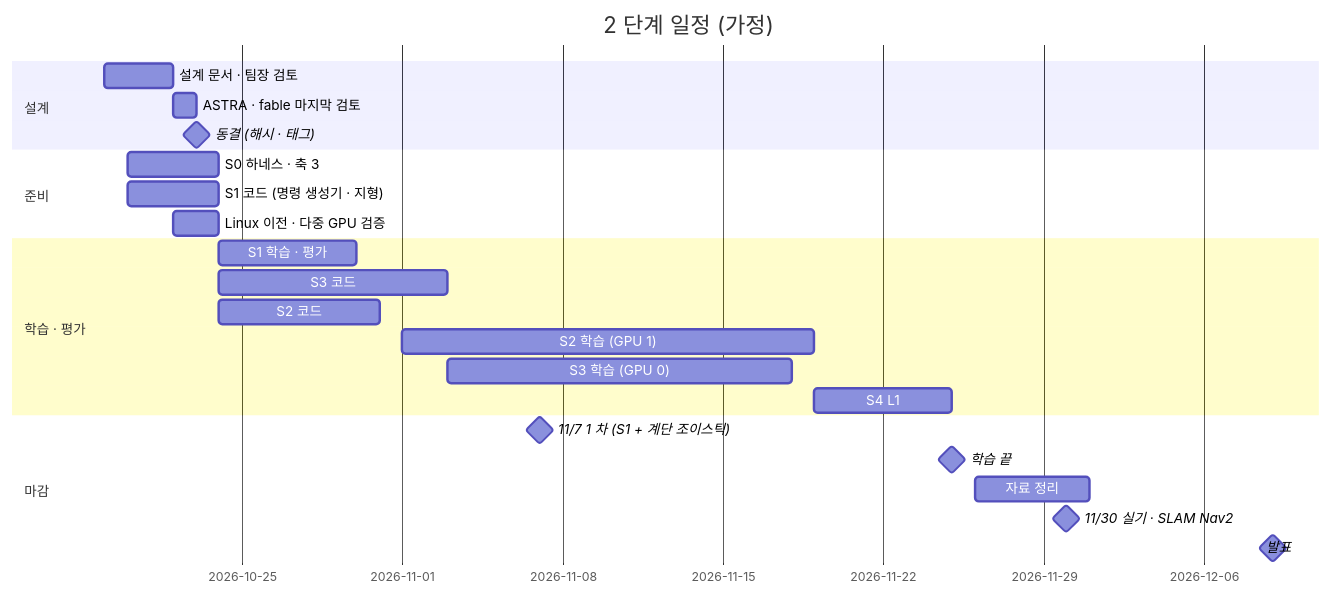
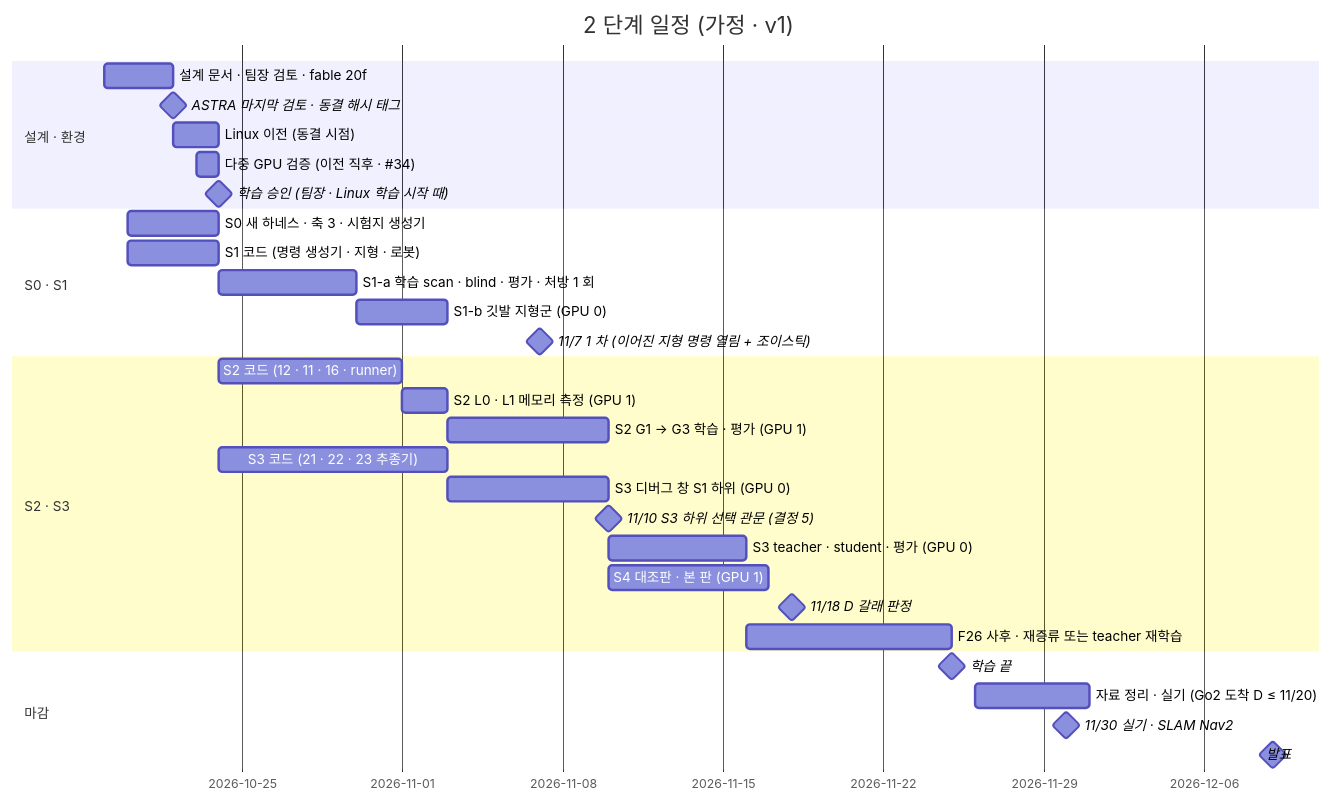
The diagram in inbox/jay/20261019-design/70-RESOURCES-SCHEDULE.md (foothold-project/foothold-lab), drawn with Mermaid before and after one commit. The commit also changed other lines of this file and 25 other files, not shown here.

````diff
--- a/inbox/jay/20261019-design/70-RESOURCES-SCHEDULE.md
+++ b/inbox/jay/20261019-design/70-RESOURCES-SCHEDULE.md
@@ -11,26 +15,33 @@
 ```mermaid
 gantt
   dateFormat  YYYY-MM-DD
-  title 2 단계 일정 (가정)
-  section 설계
-  설계 문서 · 팀장 검토        :d1, 2026-10-19, 3d
-  ASTRA · fable 마지막 검토    :d2, after d1, 1d
-  동결 (해시 · 태그)           :milestone, after d2, 0d
-  section 준비
-  S0 하네스 · 축 3             :p0, 2026-10-20, 4d
-  S1 코드 (명령 생성기 · 지형)  :p1, 2026-10-20, 4d
-  Linux 이전 · 다중 GPU 검증    :p2, 2026-10-22, 2d
-  section 학습 · 평가
-  S1 학습 · 평가               :t1, 2026-10-24, 6d
-  S3 코드                      :p3, 2026-10-24, 10d
-  S2 코드                      :p4, 2026-10-24, 7d
-  S2 학습 (GPU 1)              :t2, 2026-11-01, 18d
-  S3 학습 (GPU 0)              :t3, 2026-11-03, 15d
-  S4 L1                        :t4, 2026-11-19, 6d
+  title 2 단계 일정 (가정 · v1)
+  section 설계 · 환경
+  설계 문서 · 팀장 검토 · fable 20f      :d1, 2026-10-19, 3d
+  ASTRA 마지막 검토 · 동결 해시 태그      :milestone, 2026-10-22, 0d
+  Linux 이전 (동결 시점)                  :p2, 2026-10-22, 2d
+  다중 GPU 검증 (이전 직후 · #34)         :p3, 2026-10-23, 1d
+  학습 승인 (팀장 · Linux 학습 시작 때)   :milestone, 2026-10-24, 0d
+  section S0 · S1
+  S0 새 하네스 · 축 3 · 시험지 생성기    :s0, 2026-10-20, 4d
+  S1 코드 (명령 생성기 · 지형 · 로봇)     :p1, 2026-10-20, 4d
+  S1-a 학습 scan · blind · 평가 · 처방 1 회 :t1, 2026-10-24, 6d
+  S1-b 깃발 지형군 (GPU 0)               :t1b, 2026-10-30, 4d
+  11/7 1 차 (이어진 지형 명령 열림 + 조이스틱) :milestone, 2026-11-07, 0d
+  section S2 · S3
+  S2 코드 (12 · 11 · 16 · runner)         :p4, 2026-10-24, 8d
+  S2 L0 · L1 메모리 측정 (GPU 1)          :p5, 2026-11-01, 2d
+  S2 G1 → G3 학습 · 평가 (GPU 1)          :t2, 2026-11-03, 7d
+  S3 코드 (21 · 22 · 23 추종기)           :p6, 2026-10-24, 10d
+  S3 디버그 창 S1 하위 (GPU 0)            :p7, 2026-11-03, 7d
+  11/10 S3 하위 선택 관문 (결정 5)        :milestone, 2026-11-10, 0d
+  S3 teacher · student · 평가 (GPU 0)     :t3, 2026-11-10, 6d
+  S4 대조판 · 본 판 (GPU 1)               :t4, 2026-11-10, 7d
+  11/18 D 갈래 판정                       :milestone, 2026-11-18, 0d
+  F26 사후 · 재증류 또는 teacher 재학습   :t5, 2026-11-16, 9d
   section 마감
-  11/7 1 차 (S1 + 계단 조이스틱) :milestone, 2026-11-07, 0d
-  학습 끝                      :milestone, 2026-11-25, 0d
-  자료 정리                    :2026-11-26, 5d
-  11/30 실기 · SLAM Nav2        :milestone, 2026-11-30, 0d
-  발표                         :milestone, 2026-12-09, 0d
+  학습 끝                                 :milestone, 2026-11-25, 0d
+  자료 정리 · 실기 (Go2 도착 D ≤ 11/20)   :2026-11-26, 5d
+  11/30 실기 · SLAM Nav2                  :milestone, 2026-11-30, 0d
+  발표                                    :milestone, 2026-12-09, 0d
 ```
````
